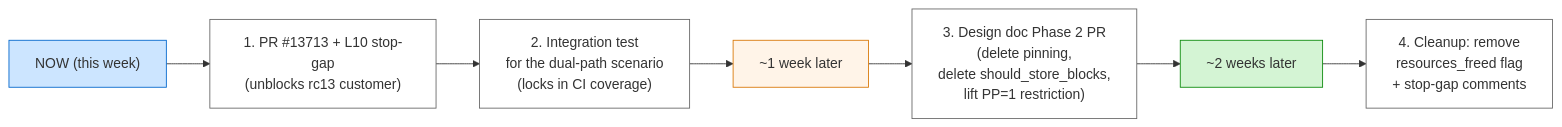
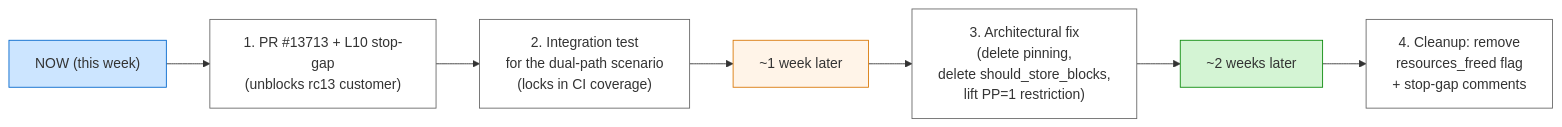
One commit to chienchunhung/TensorRT-LLM changed the sixth of 6 diagrams in docs/investigations/nvbug-6104831-disagg-permanent-wedge/09-executive-summary-rc11-to-rc13.md. Above: the diagram before and after it, drawn with Mermaid. The commit also changed other lines of this file, not shown here.

````diff
--- a/docs/investigations/nvbug-6104831-disagg-permanent-wedge/09-executive-summary-rc11-to-rc13.md
+++ b/docs/investigations/nvbug-6104831-disagg-permanent-wedge/09-executive-summary-rc11-to-rc13.md
@@ -380,18 +406,18 @@
 ```mermaid
 graph LR
     NOW["NOW (this week)"]:::now
     THEN["~1 week later"]:::next
     LATER["~2 weeks later"]:::later
 
     NOW --> STEP1["1. PR #13713 + L10 stop-gap<br/>(unblocks rc13 customer)"]:::step
     STEP1 --> STEP2["2. Integration test<br/>for the dual-path scenario<br/>(locks in CI coverage)"]:::step
     STEP2 --> THEN
-    THEN --> STEP3["3. Design doc Phase 2 PR<br/>(delete pinning,<br/>delete should_store_blocks,<br/>lift PP=1 restriction)"]:::step
+    THEN --> STEP3["3. Architectural fix<br/>(delete pinning,<br/>delete should_store_blocks,<br/>lift PP=1 restriction)"]:::step
     STEP3 --> LATER
     LATER --> STEP4["4. Cleanup: remove<br/>resources_freed flag<br/>+ stop-gap comments"]:::step
 
     classDef now fill:#cce5ff,stroke:#0066cc
     classDef next fill:#fff4e8,stroke:#d97706
     classDef later fill:#d4f4d4,stroke:#0a8a0a
     classDef step fill:#fff,stroke:#666
 ```
````
